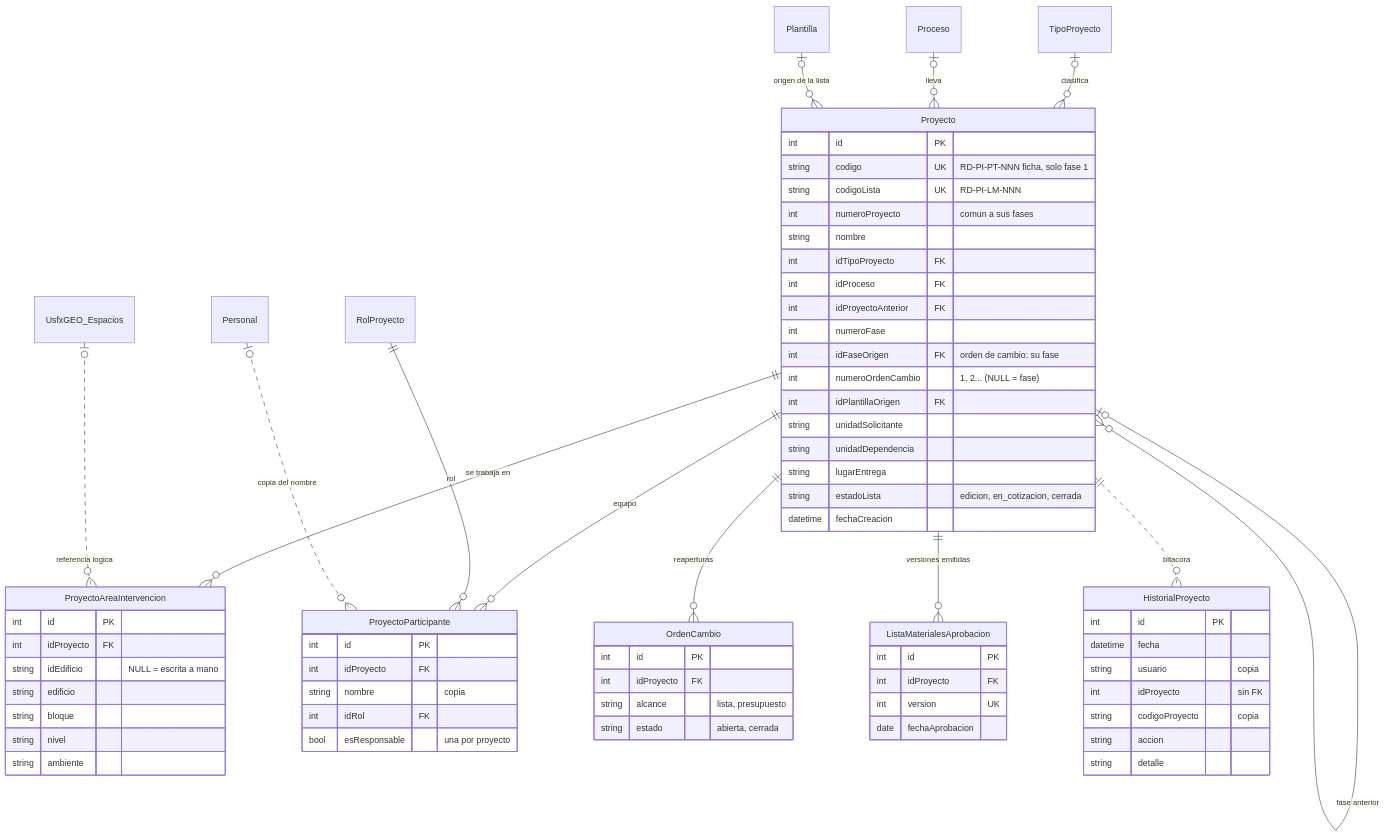
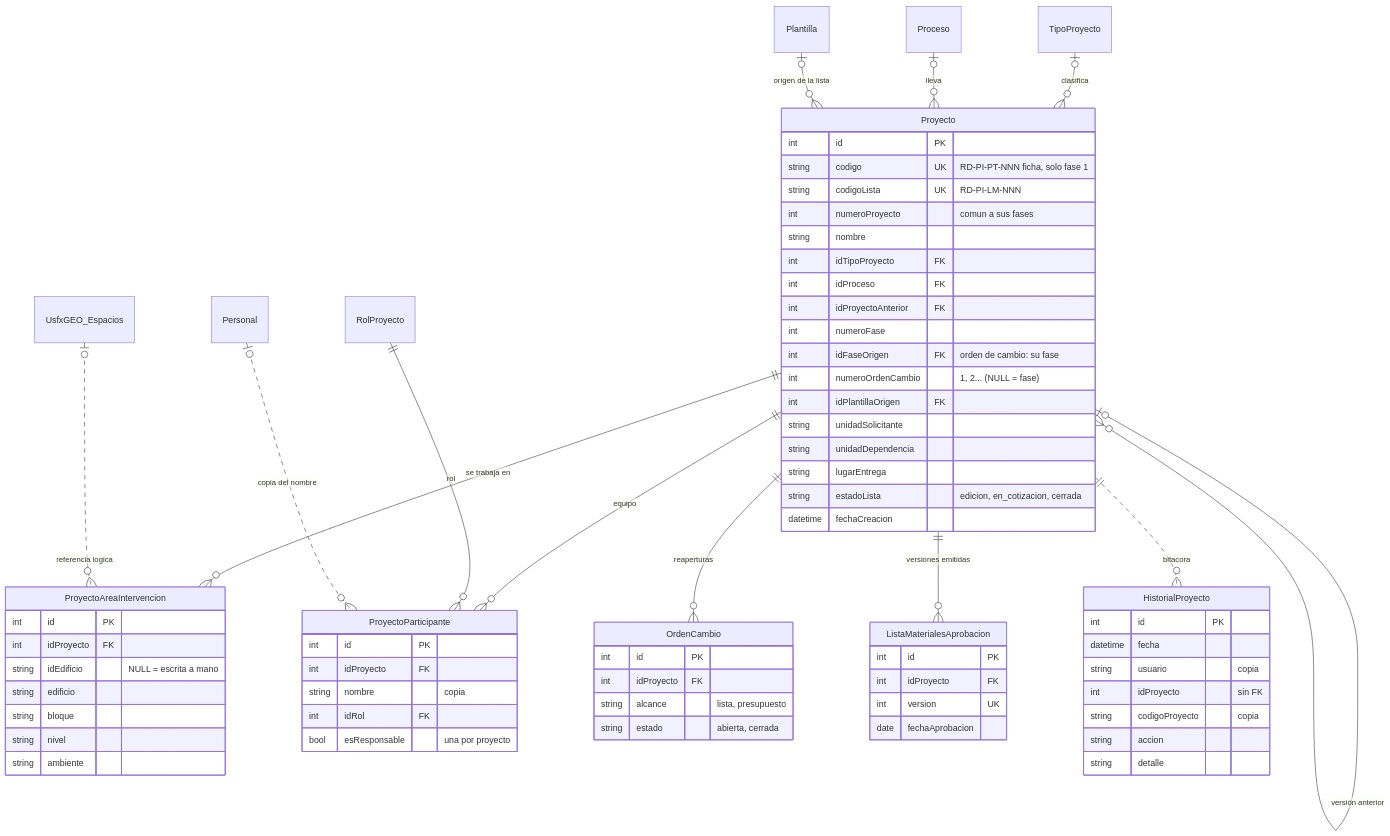
The first of 5 diagrams in docs/modelo-logico-datos.md (wilDC123/presupuestosRedes), drawn with Mermaid before and after one commit. The commit also changed other lines of this file and 16 other files, not shown here.

````diff
--- a/docs/modelo-logico-datos.md
+++ b/docs/modelo-logico-datos.md
@@ -50,72 +50,73 @@
 ```mermaid
 erDiagram
     TipoProyecto |o--o{ Proyecto : "clasifica"
     Proceso |o--o{ Proyecto : "lleva"
     Proyecto |o--o{ Proyecto : "fase anterior"
+    Proyecto |o--o{ Proyecto : "versión anterior"
     Plantilla |o--o{ Proyecto : "origen de la lista"
     Proyecto ||--o{ ProyectoAreaIntervencion : "se trabaja en"
     Proyecto ||--o{ ProyectoParticipante : "equipo"
     RolProyecto ||--o{ ProyectoParticipante : "rol"
     Personal |o..o{ ProyectoParticipante : "copia del nombre"
     Proyecto ||--o{ OrdenCambio : "reaperturas"
     Proyecto ||--o{ ListaMaterialesAprobacion : "versiones emitidas"
     Proyecto ||..o{ HistorialProyecto : "bitacora"
     UsfxGEO_Espacios |o..o{ ProyectoAreaIntervencion : "referencia logica"
 
     Proyecto {
         int id PK
         string codigo UK "RD-PI-PT-NNN ficha, solo fase 1"
         string codigoLista UK "RD-PI-LM-NNN"
         int numeroProyecto "comun a sus fases"
         string nombre
         int idTipoProyecto FK
         int idProceso FK
         int idProyectoAnterior FK
         int numeroFase
         int idFaseOrigen FK "orden de cambio: su fase"
         int numeroOrdenCambio "1, 2... (NULL = fase)"
         int idPlantillaOrigen FK
         string unidadSolicitante
         string unidadDependencia
         string lugarEntrega
         string estadoLista "edicion, en_cotizacion, cerrada"
         datetime fechaCreacion
     }
     ProyectoAreaIntervencion {
         int id PK
         int idProyecto FK
         string idEdificio "NULL = escrita a mano"
         string edificio
         string bloque
         string nivel
         string ambiente
     }
     ProyectoParticipante {
         int id PK
         int idProyecto FK
         string nombre "copia"
         int idRol FK
         bool esResponsable "una por proyecto"
     }
     HistorialProyecto {
         int id PK
         datetime fecha
         string usuario "copia"
         int idProyecto "sin FK"
         string codigoProyecto "copia"
         string accion
         string detalle
     }
     ListaMaterialesAprobacion {
         int id PK
         int idProyecto FK
         int version UK
         date fechaAprobacion
     }
     OrdenCambio {
         int id PK
         int idProyecto FK
         string alcance "lista, presupuesto"
         string estado "abierta, cerrada"
     }
 ```
````
